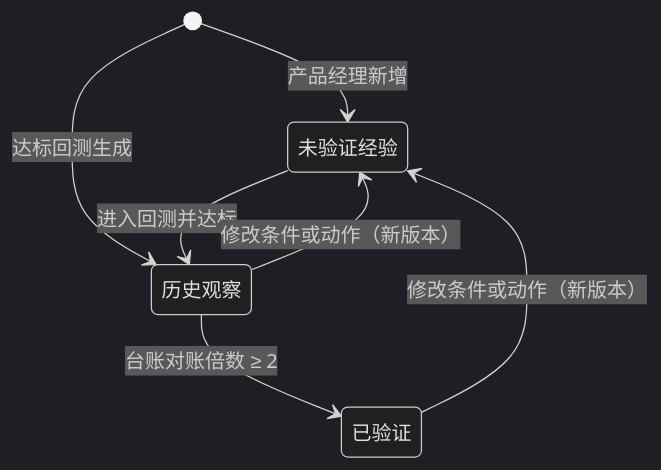
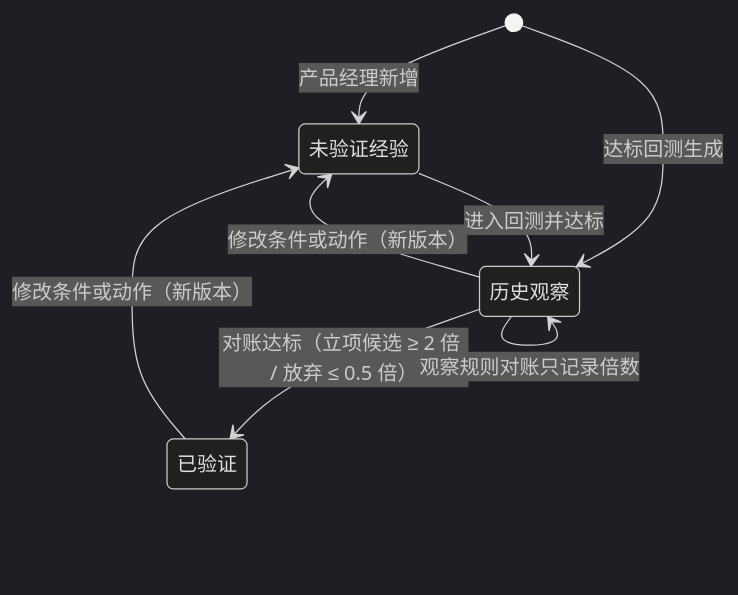
Before and after one commit to staring9811-prog/wxb981111-163.com: the third of 3 diagrams in opportunity-research/output/PRD详细版.md, drawn with Mermaid (dark theme). The commit also changed other lines of this file and 5 other files, not shown here.

````diff
--- a/opportunity-research/output/PRD详细版.md
+++ b/opportunity-research/output/PRD详细版.md
@@ -402,9 +405,10 @@
 ```mermaid
 stateDiagram-v2
     [*] --> 未验证经验: 产品经理新增
     [*] --> 历史观察: 达标回测生成
     未验证经验 --> 历史观察: 进入回测并达标
-    历史观察 --> 已验证: 台账对账倍数 ≥ 2
+    历史观察 --> 已验证: 对账达标（立项候选 ≥ 2 倍 / 放弃 ≤ 0.5 倍）
+    历史观察 --> 历史观察: 观察规则对账只记录倍数
     历史观察 --> 未验证经验: 修改条件或动作（新版本）
     已验证 --> 未验证经验: 修改条件或动作（新版本）
 ```
````
